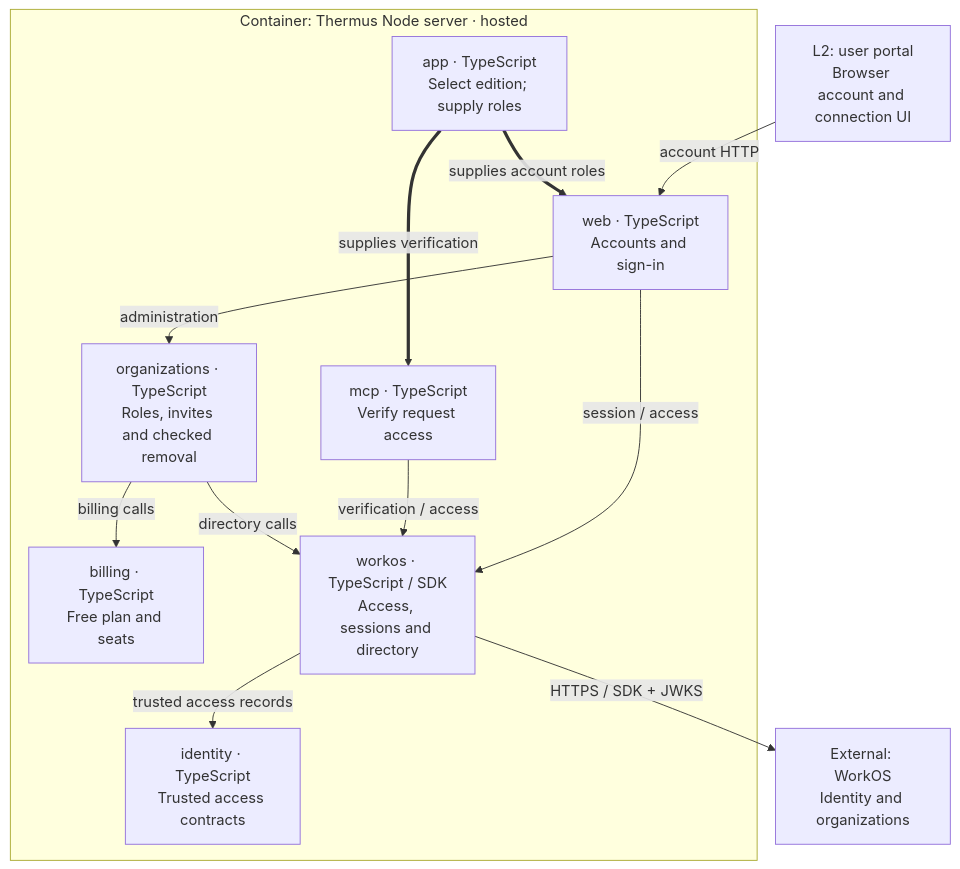
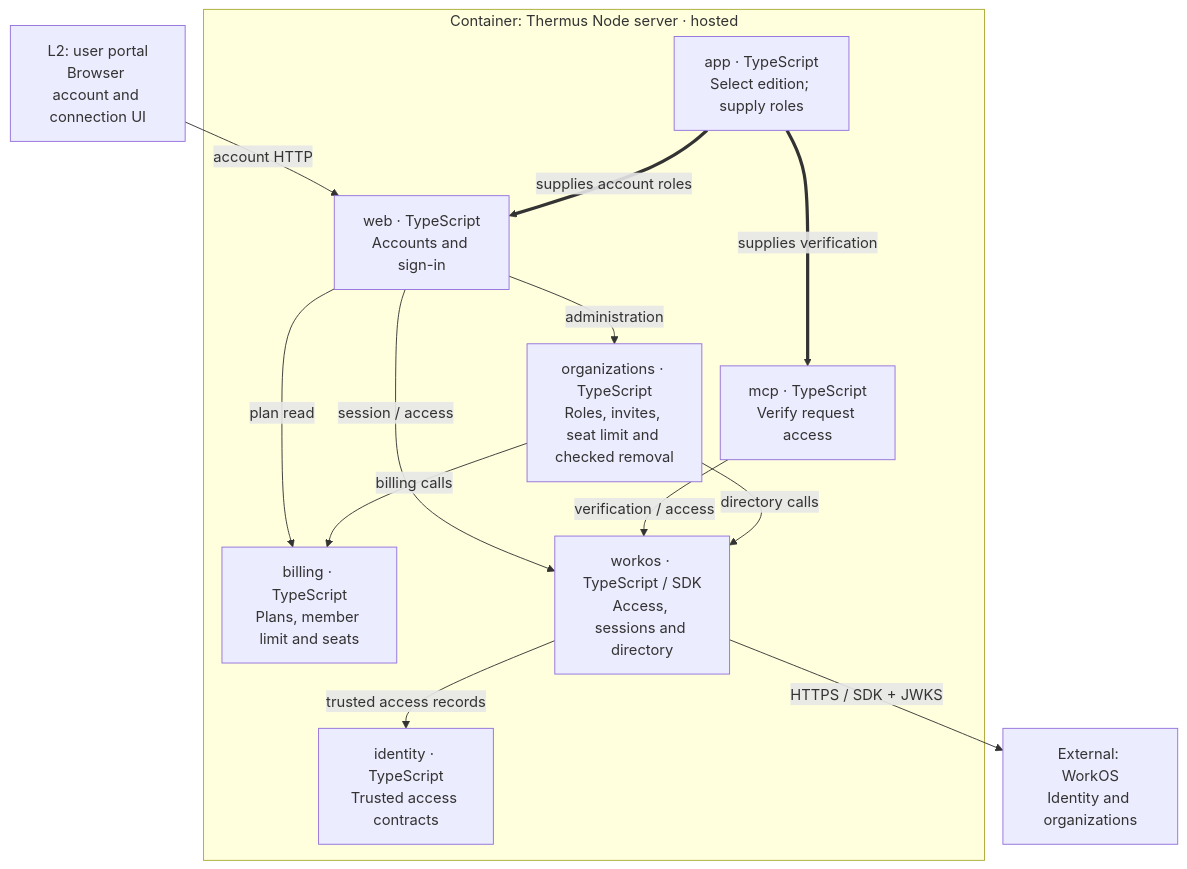
The fifth of 17 diagrams in architecture/components.md (tomer-mayara/Thermus), drawn with Mermaid before and after one commit. The commit also changed other lines of this file and 59 other files, not shown here.

First line of the commit message:
Limit a free organization to 5 members at invitation send (SO-08) (#284)

````diff
--- a/architecture/components.md
+++ b/architecture/components.md
@@ -211,25 +212,26 @@
 ```mermaid
 %%{init: {"flowchart": {"wrappingWidth": 130, "nodeSpacing": 20, "rankSpacing": 35}}}%%
 flowchart TB
   hosted_portal["L2: user portal<br/>Browser account and connection UI"]
   subgraph account_server["Container: Thermus Node server · hosted"]
     account_root["app · TypeScript<br/>Select edition; supply roles"]
     account_web["web · TypeScript<br/>Accounts and sign-in"]
     account_mcp["mcp · TypeScript<br/>Verify request access"]
     account_identity["identity · TypeScript<br/>Trusted access contracts"]
-    account_org["organizations · TypeScript<br/>Roles, invites and checked removal"]
-    account_billing["billing · TypeScript<br/>Free plan and seats"]
+    account_org["organizations · TypeScript<br/>Roles, invites, seat limit and checked removal"]
+    account_billing["billing · TypeScript<br/>Plans, member limit and seats"]
     account_workos["workos · TypeScript / SDK<br/>Access, sessions and directory"]
   end
   hosted_workos["External: WorkOS<br/>Identity and organizations"]
   hosted_portal -->|account HTTP| account_web
   account_root ==>|supplies account roles| account_web
   account_root ==>|supplies verification| account_mcp
   account_web -->|session / access| account_workos
   account_mcp -->|verification / access| account_workos
   account_web -->|administration| account_org
+  account_web -->|plan read| account_billing
   account_org -->|directory calls| account_workos
   account_org -->|billing calls| account_billing
   account_workos -->|trusted access records| account_identity
   account_workos -->|HTTPS / SDK + JWKS| hosted_workos
 ```
````
